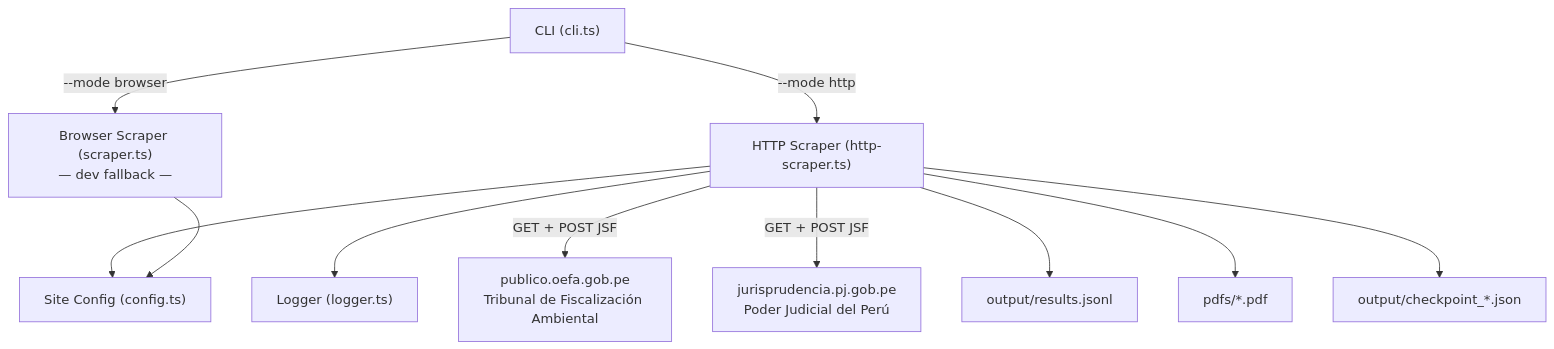
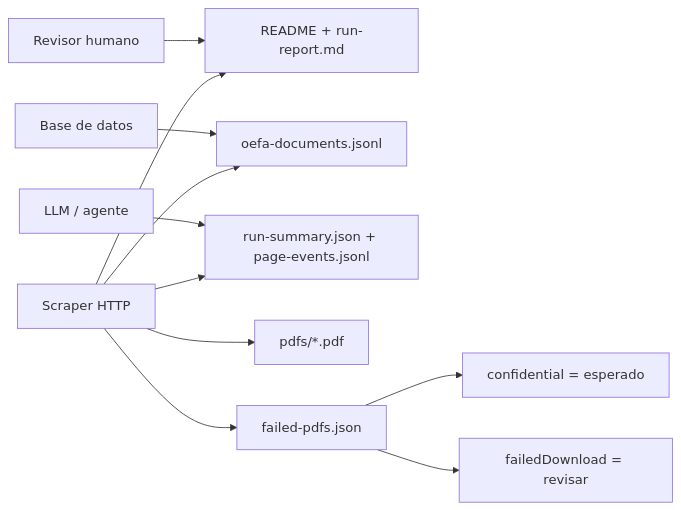
Before and after one commit to GatoProgramador-01/pj-peru-scraper: the first of 4 diagrams in README.md, drawn with Mermaid. The commit also changed other lines of this file, not shown here.

Commit message:
docs: make scraper review flow human-readable

````diff
--- a/README.md
+++ b/README.md
@@ -50,24 +37,15 @@
 ```mermaid
-graph TD
-    CLI["CLI (cli.ts)"]
-    HTTP["HTTP Scraper (http-scraper.ts)"]
-    BROWSER["Browser Scraper (scraper.ts)\n— dev fallback —"]
-    CONFIG["Site Config (config.ts)"]
-    LOGGER["Logger (logger.ts)"]
-    OEFA["publico.oefa.gob.pe\nTribunal de Fiscalización Ambiental"]
-    PJPERU["jurisprudencia.pj.gob.pe\nPoder Judicial del Perú"]
-    OUT["output/results.jsonl"]
-    PDFS["pdfs/*.pdf"]
-    CP["output/checkpoint_*.json"]
+flowchart LR
+    Reviewer["Revisor humano"] --> README["README + run-report.md"]
+    DB["Base de datos"] --> JSONL["oefa-documents.jsonl"]
+    LLM["LLM / agente"] --> Summary["run-summary.json + page-events.jsonl"]
 
-    CLI -->|"--mode http"| HTTP
-    CLI -->|"--mode browser"| BROWSER
-    HTTP --> CONFIG
-    BROWSER --> CONFIG
-    HTTP --> LOGGER
-    HTTP -->|GET + POST JSF| OEFA
-    HTTP -->|GET + POST JSF| PJPERU
-    HTTP --> OUT
-    HTTP --> PDFS
-    HTTP --> CP
+    Scraper["Scraper HTTP"] --> JSONL
+    Scraper --> PDFs["pdfs/*.pdf"]
+    Scraper --> Summary
+    Scraper --> Failed["failed-pdfs.json"]
+    Scraper --> README
+
+    Failed --> Conf["confidential = esperado"]
+    Failed --> RealFail["failedDownload = revisar"]
 ```
````
